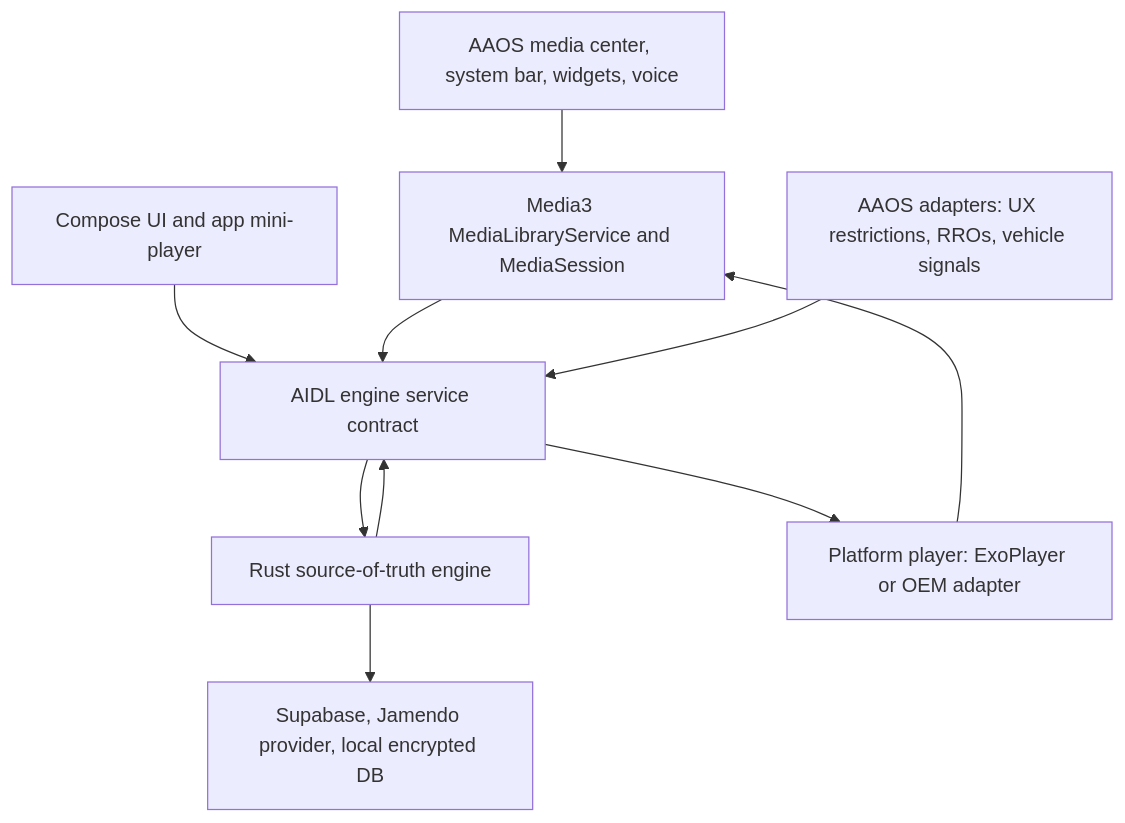
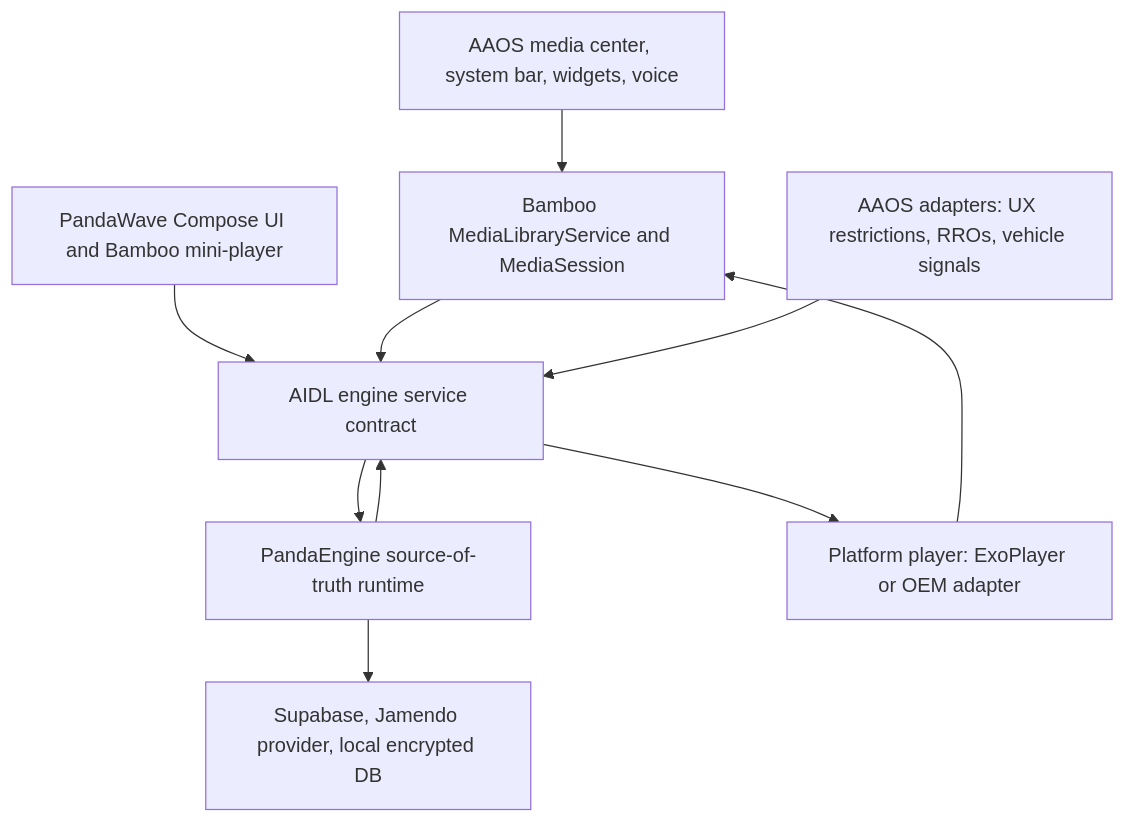
The diagram in docs/architecture-roadmap.md (adrianrusu16/Media-App), drawn with Mermaid before and after one commit. The commit also changed other lines of this file and 40 other files, not shown here.

Commit message:
refactor: apply PandaWave branding

````diff
--- a/docs/architecture-roadmap.md
+++ b/docs/architecture-roadmap.md
@@ -22,21 +22,21 @@
 ```mermaid
 flowchart TD
     System["AAOS media center, system bar, widgets, voice"]
-    Compose["Compose UI and app mini-player"]
-    Media3["Media3 MediaLibraryService and MediaSession"]
+    Compose["PandaWave Compose UI and Bamboo mini-player"]
+    Media3["Bamboo MediaLibraryService and MediaSession"]
     Car["AAOS adapters: UX restrictions, RROs, vehicle signals"]
     Aidl["AIDL engine service contract"]
-    Rust["Rust source-of-truth engine"]
+    Rust["PandaEngine source-of-truth runtime"]
     Data["Supabase, Jamendo provider, local encrypted DB"]
     Player["Platform player: ExoPlayer or OEM adapter"]
 
     System --> Media3
     Compose --> Aidl
     Media3 --> Aidl
     Car --> Aidl
     Aidl --> Rust
     Rust --> Data
     Rust --> Aidl
     Aidl --> Player
     Player --> Media3
 ```
````
